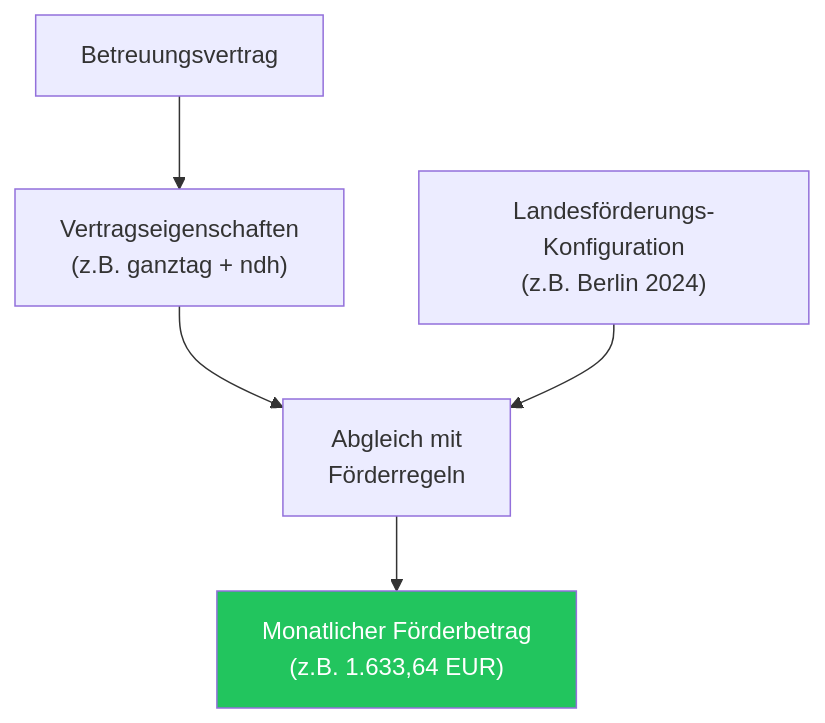
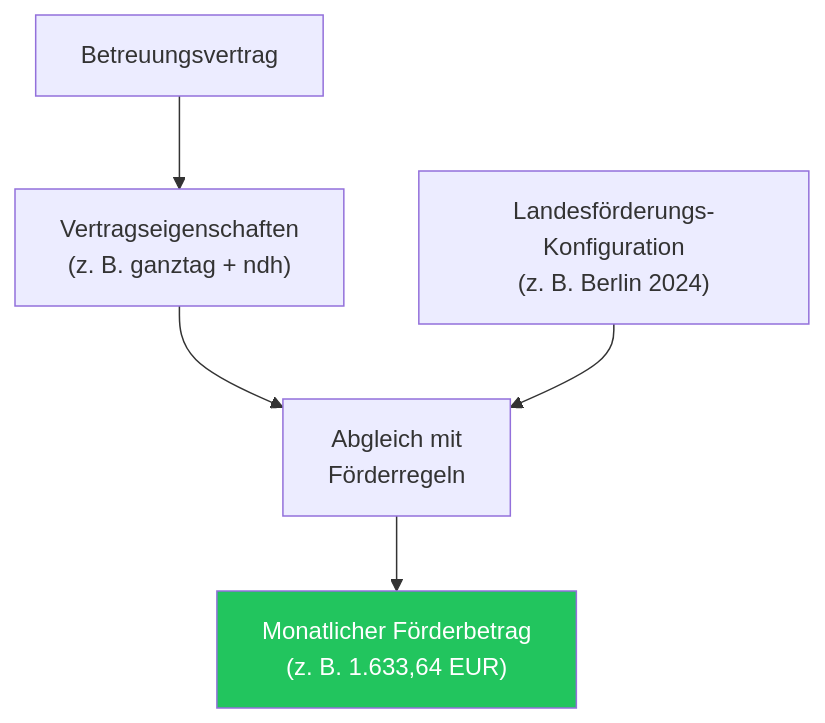
One commit to eenemeene/kitamanager-go changed the second of 2 diagrams in website/content/de/features/_index.md. Above: the diagram before and after it, drawn with Mermaid. The commit also changed other lines of this file and 8 other files, not shown here.

````diff
--- a/website/content/de/features/_index.md
+++ b/website/content/de/features/_index.md
@@ -151,8 +151,8 @@
 ```mermaid
 flowchart TD
-    A["Betreuungsvertrag"] --> B["Vertragseigenschaften<br/>(z.B. ganztag + ndh)"]
+    A["Betreuungsvertrag"] --> B["Vertragseigenschaften<br/>(z. B. ganztag + ndh)"]
     B --> C["Abgleich mit<br/>Förderregeln"]
-    D["Landesförderungs-Konfiguration<br/>(z.B. Berlin 2024)"] --> C
-    C --> E["Monatlicher Förderbetrag<br/>(z.B. 1.633,64 EUR)"]
+    D["Landesförderungs-Konfiguration<br/>(z. B. Berlin 2024)"] --> C
+    C --> E["Monatlicher Förderbetrag<br/>(z. B. 1.633,64 EUR)"]
     style E fill:#22c55e,color:#fff
 ```
````
